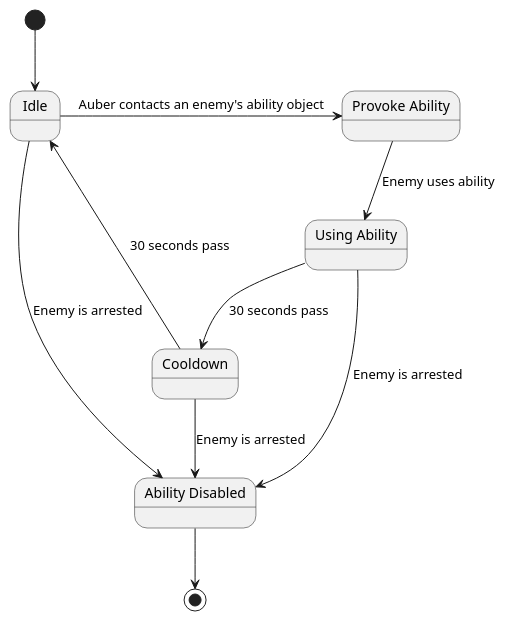
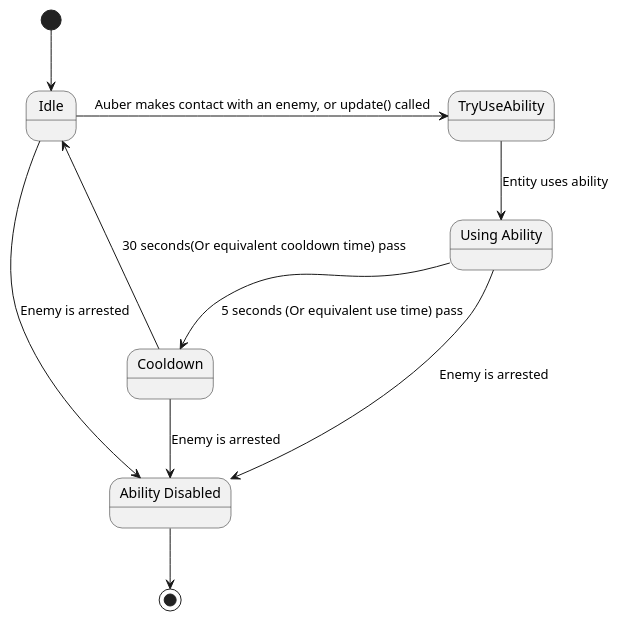
Before and after one commit to No-Team30/ENG1-PART2: the diagram in uml_diagrams/Ability.puml, drawn with PlantUML. The commit also changed 3 other files, not shown here.

Commit message:
Updated some uml

```diff
--- a/uml_diagrams/Ability.puml
+++ b/uml_diagrams/Ability.puml
@@ -1,15 +1,15 @@
 @startuml
-state "Provoke Ability" as ProvokeAbility
+state "TryUseAbility" as TryUseAbility
 state "Using Ability" as UsingAbility
 state "Ability Disabled" as AbilityDisabled
 
 [*] --> Idle
-Idle -> ProvokeAbility: Auber contacts an enemy's ability object
-ProvokeAbility --> UsingAbility: Enemy uses ability
+Idle -> TryUseAbility: Auber makes contact with an enemy, or update() called
+TryUseAbility --> UsingAbility: Entity uses ability
 UsingAbility --> AbilityDisabled: Enemy is arrested
-UsingAbility --> Cooldown: 30 seconds pass
+UsingAbility --> Cooldown: 5 seconds (Or equivalent use time) pass
 Cooldown --> AbilityDisabled: Enemy is arrested
-Cooldown --> Idle: 30 seconds pass
+Cooldown --> Idle: 30 seconds(Or equivalent cooldown time) pass
 AbilityDisabled --> [*]
 Idle --> AbilityDisabled: Enemy is arrested
 @enduml
```
